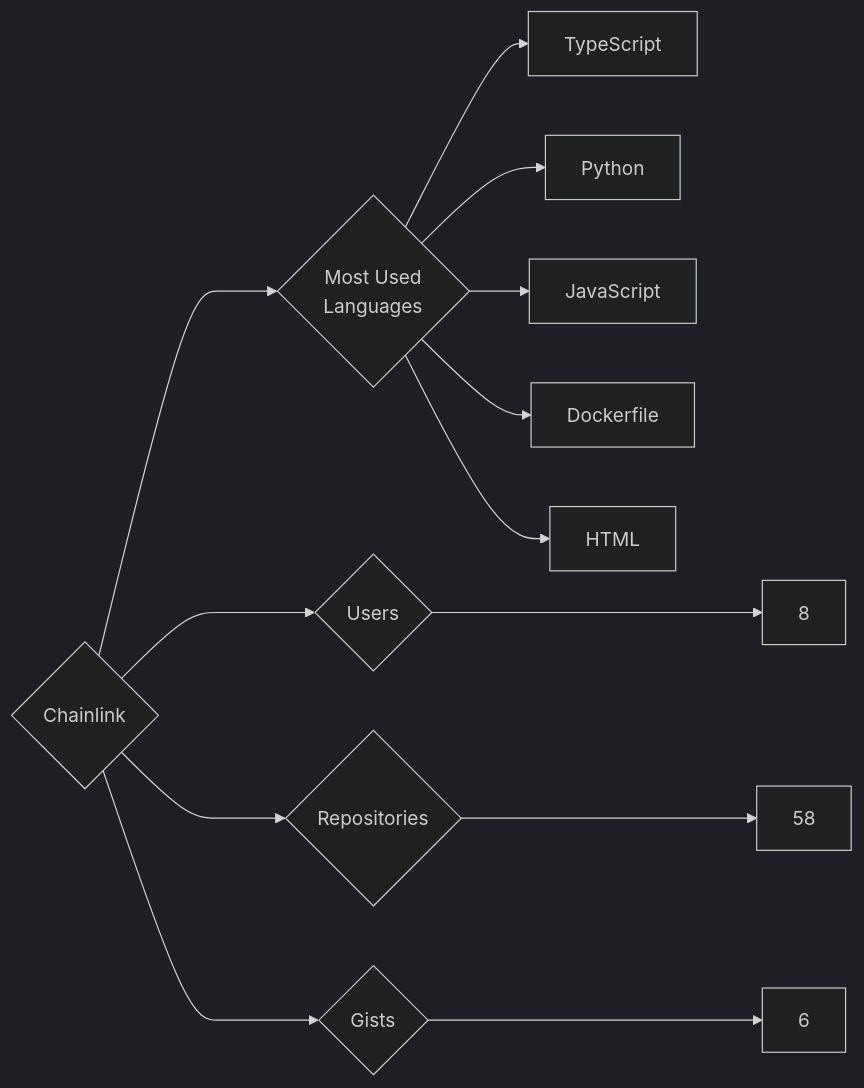
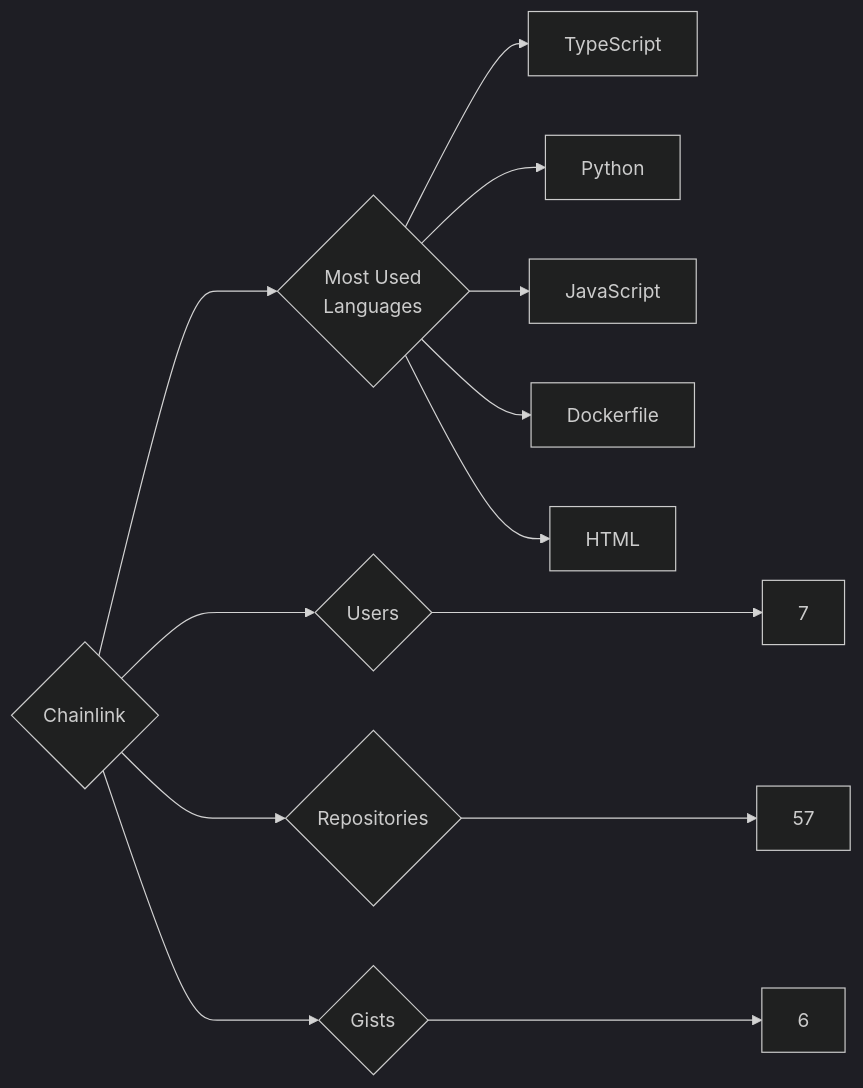
The diagram in targets/Chainlink/README.md (trickest/insiders), drawn with Mermaid (dark theme) before and after one commit. The commit also changed 840 other files, not shown here.

````diff
--- a/targets/Chainlink/README.md
+++ b/targets/Chainlink/README.md
@@ -3,13 +3,13 @@
 ```mermaid
 graph LR
 COMPANY_NAME{Chainlink}
-COMPANY_NAME ---> U{Users} ---> UN[8]
-COMPANY_NAME ---> R{Repositories} ---> RN[58]
+COMPANY_NAME ---> U{Users} ---> UN[7]
+COMPANY_NAME ---> R{Repositories} ---> RN[57]
 COMPANY_NAME ---> G{Gists} ---> GN[6]
 COMPANY_NAME ---> ML{Most Used<br>Languages}
 ML --> TypeScript[TypeScript]
 ML --> Python[Python]
 ML --> JavaScript[JavaScript]
 ML --> Dockerfile[Dockerfile]
 ML --> HTML[HTML]
 ```
````
